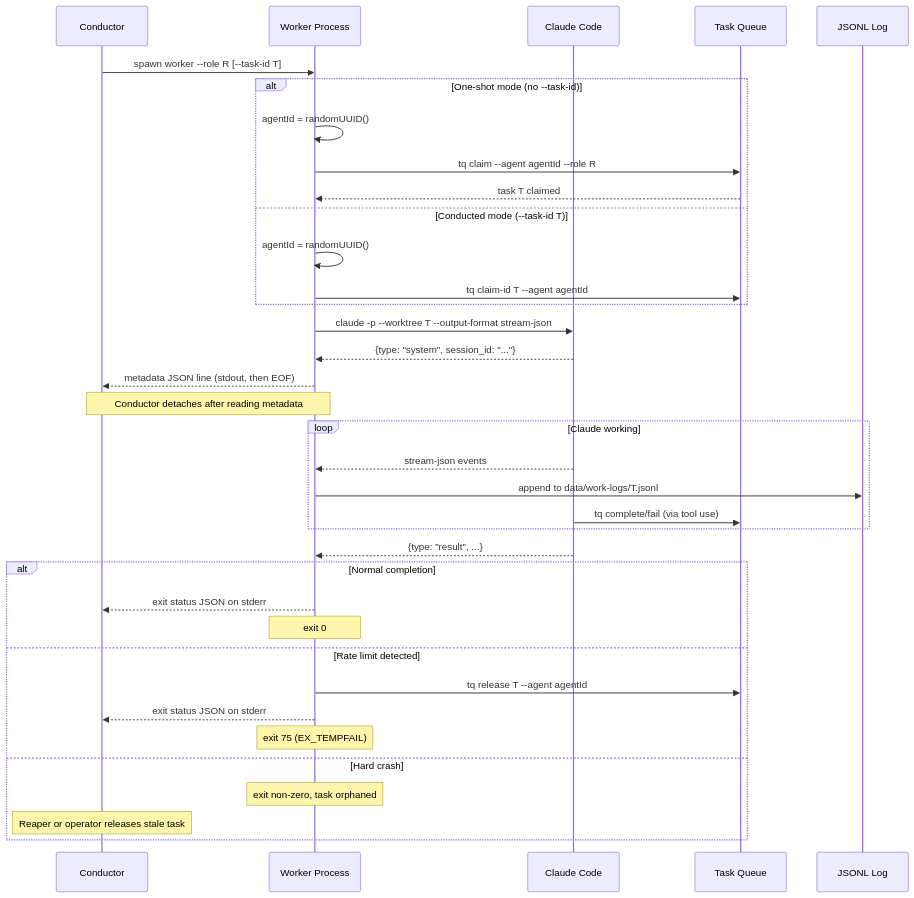
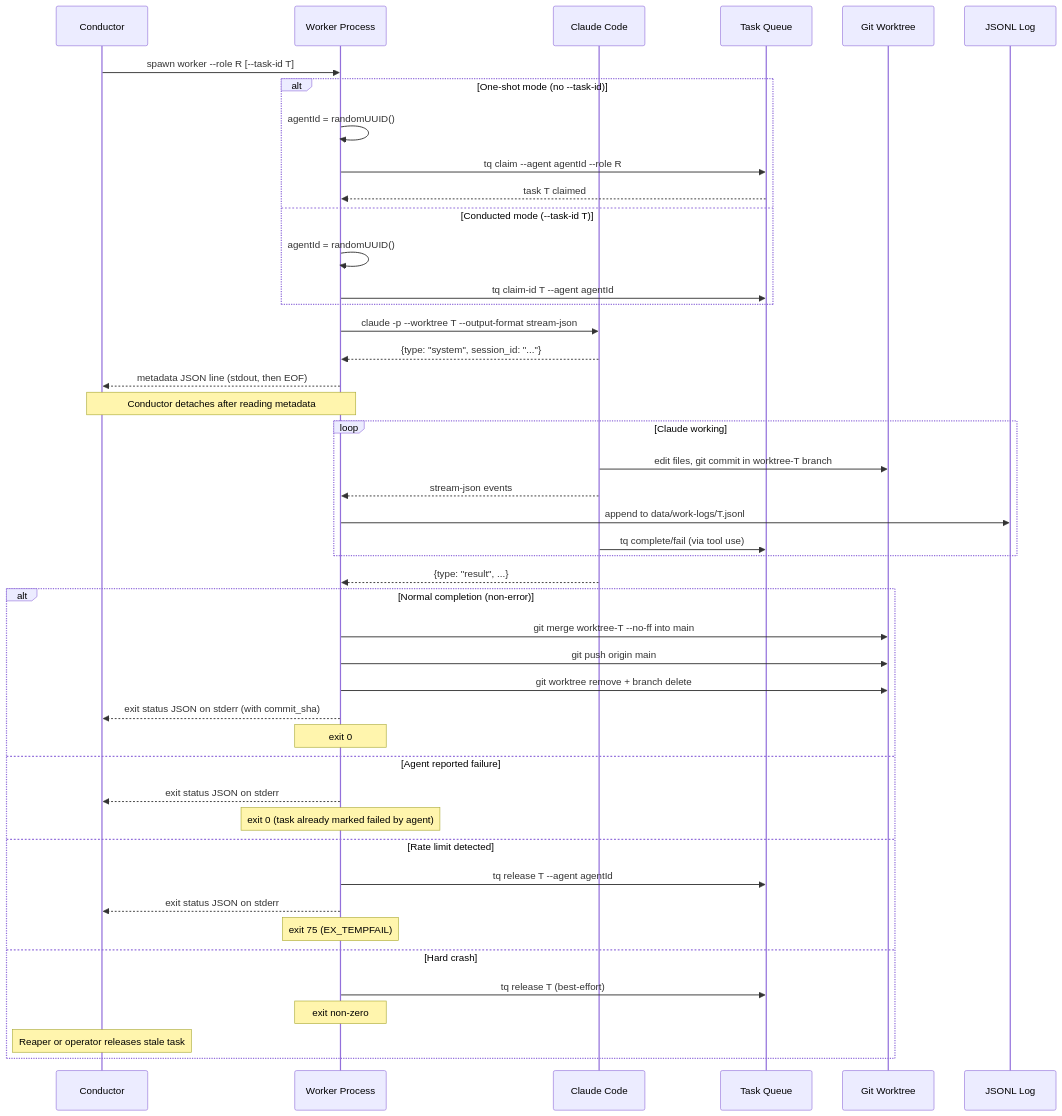
Before and after one commit to shardworks/shardworks: the third of 4 diagrams in docs/architecture.md, drawn with Mermaid. The commit also changed other lines of this file and 6 other files, not shown here.

First line of the commit message:
feat: worker merges worktree→main after successful task completion

````diff
--- a/docs/architecture.md
+++ b/docs/architecture.md
@@ -200,45 +206,54 @@
 ```mermaid
 sequenceDiagram
     participant C as Conductor
     participant W as Worker Process
     participant CC as Claude Code
     participant TQ as Task Queue
+    participant WT as Git Worktree
     participant L as JSONL Log
 
     C->>W: spawn worker --role R [--task-id T]
 
     alt One-shot mode (no --task-id)
         W->>W: agentId = randomUUID()
         W->>TQ: tq claim --agent agentId --role R
         TQ-->>W: task T claimed
     else Conducted mode (--task-id T)
         W->>W: agentId = randomUUID()
         W->>TQ: tq claim-id T --agent agentId
     end
 
     W->>CC: claude -p --worktree T --output-format stream-json
     CC-->>W: {type: "system", session_id: "..."}
     W-->>C: metadata JSON line (stdout, then EOF)
 
     Note over C,W: Conductor detaches after reading metadata
 
     loop Claude working
+        CC->>WT: edit files, git commit in worktree-T branch
         CC-->>W: stream-json events
         W->>L: append to data/work-logs/T.jsonl
         CC->>TQ: tq complete/fail (via tool use)
     end
 
     CC-->>W: {type: "result", ...}
 
-    alt Normal completion
+    alt Normal completion (non-error)
+        W->>WT: git merge worktree-T --no-ff into main
+        W->>WT: git push origin main
+        W->>WT: git worktree remove + branch delete
+        W-->>C: exit status JSON on stderr (with commit_sha)
+        Note over W: exit 0
+    else Agent reported failure
         W-->>C: exit status JSON on stderr
-        Note over W: exit 0
+        Note over W: exit 0 (task already marked failed by agent)
     else Rate limit detected
         W->>TQ: tq release T --agent agentId
         W-->>C: exit status JSON on stderr
         Note over W: exit 75 (EX_TEMPFAIL)
     else Hard crash
-        Note over W: exit non-zero, task orphaned
+        W->>TQ: tq release T (best-effort)
+        Note over W: exit non-zero
         Note over C: Reaper or operator releases stale task
     end
 ```
````
